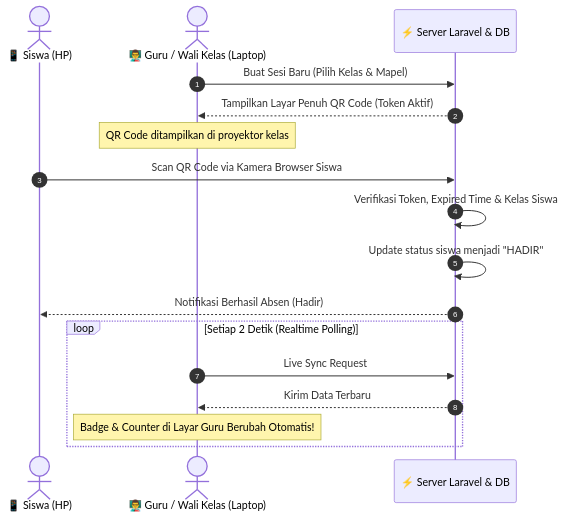
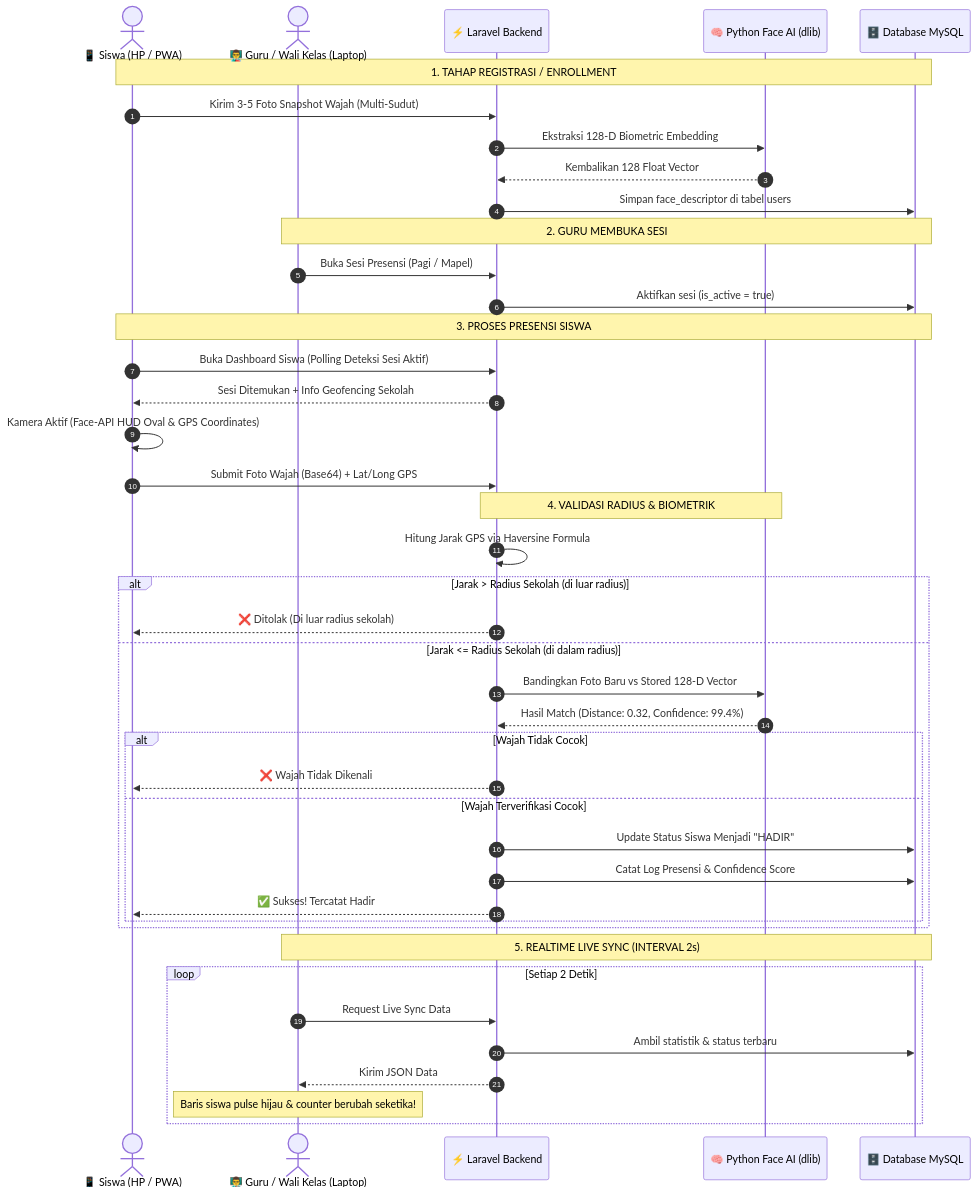
Before and after one commit to DIMASAHNAF/presensi-sekolah-online: the diagram in README.md, drawn with Mermaid. The commit also changed other lines of this file and 10 other files, not shown here.

````diff
--- a/README.md
+++ b/README.md
@@ -79,22 +102,49 @@
 ```mermaid
 sequenceDiagram
     autonumber
-    actor Siswa as 📱 Siswa (HP)
+    actor Siswa as 📱 Siswa (HP / PWA)
     actor Guru as 👨‍🏫 Guru / Wali Kelas (Laptop)
-    participant Sistem as ⚡ Server Laravel & DB
+    participant Laravel as ⚡ Laravel Backend
+    participant Python as 🧠 Python Face AI (dlib)
+    participant DB as 🗄️ Database MySQL
 
-    Guru->>Sistem: Buat Sesi Baru (Pilih Kelas & Mapel)
-    Sistem-->>Guru: Tampilkan Layar Penuh QR Code (Token Aktif)
-    Note over Guru: QR Code ditampilkan di proyektor kelas
-    
-    Siswa->>Sistem: Scan QR Code via Kamera Browser Siswa
-    Sistem->>Sistem: Verifikasi Token, Expired Time & Kelas Siswa
-    Sistem->>Sistem: Update status siswa menjadi "HADIR"
-    Sistem-->>Siswa: Notifikasi Berhasil Absen (Hadir)
-    
-    loop Setiap 2 Detik (Realtime Polling)
-        Guru->>Sistem: Live Sync Request
-        Sistem-->>Guru: Kirim Data Terbaru
-        Note over Guru: Badge & Counter di Layar Guru Berubah Otomatis!
+    Note over Siswa,DB: 1. TAHAP REGISTRASI / ENROLLMENT
+    Siswa->>Laravel: Kirim 3-5 Foto Snapshot Wajah (Multi-Sudut)
+    Laravel->>Python: Ekstraksi 128-D Biometric Embedding
+    Python-->>Laravel: Kembalikan 128 Float Vector
+    Laravel->>DB: Simpan face_descriptor di tabel users
+
+    Note over Guru,DB: 2. GURU MEMBUKA SESI
+    Guru->>Laravel: Buka Sesi Presensi (Pagi / Mapel)
+    Laravel->>DB: Aktifkan sesi (is_active = true)
+
+    Note over Siswa,DB: 3. PROSES PRESENSI SISWA
+    Siswa->>Laravel: Buka Dashboard Siswa (Polling Deteksi Sesi Aktif)
+    Laravel-->>Siswa: Sesi Ditemukan + Info Geofencing Sekolah
+    Siswa->>Siswa: Kamera Aktif (Face-API HUD Oval & GPS Coordinates)
+    Siswa->>Laravel: Submit Foto Wajah (Base64) + Lat/Long GPS
+
+    Note over Laravel,Python: 4. VALIDASI RADIUS & BIOMETRIK
+    Laravel->>Laravel: Hitung Jarak GPS via Haversine Formula
+    alt Jarak > Radius Sekolah (di luar radius)
+        Laravel-->>Siswa: ❌ Ditolak (Di luar radius sekolah)
+    else Jarak <= Radius Sekolah (di dalam radius)
+        Laravel->>Python: Bandingkan Foto Baru vs Stored 128-D Vector
+        Python-->>Laravel: Hasil Match (Distance: 0.32, Confidence: 99.4%)
+        alt Wajah Tidak Cocok
+            Laravel-->>Siswa: ❌ Wajah Tidak Dikenali
+        else Wajah Terverifikasi Cocok
+            Laravel->>DB: Update Status Siswa Menjadi "HADIR"
+            Laravel->>DB: Catat Log Presensi & Confidence Score
+            Laravel-->>Siswa: ✅ Sukses! Tercatat Hadir
+        end
+    end
+
+    Note over Guru,DB: 5. REALTIME LIVE SYNC (INTERVAL 2s)
+    loop Setiap 2 Detik
+        Guru->>Laravel: Request Live Sync Data
+        Laravel->>DB: Ambil statistik & status terbaru
+        Laravel-->>Guru: Kirim JSON Data
+        Note over Guru: Baris siswa pulse hijau & counter berubah seketika!
     end
 ```
````
